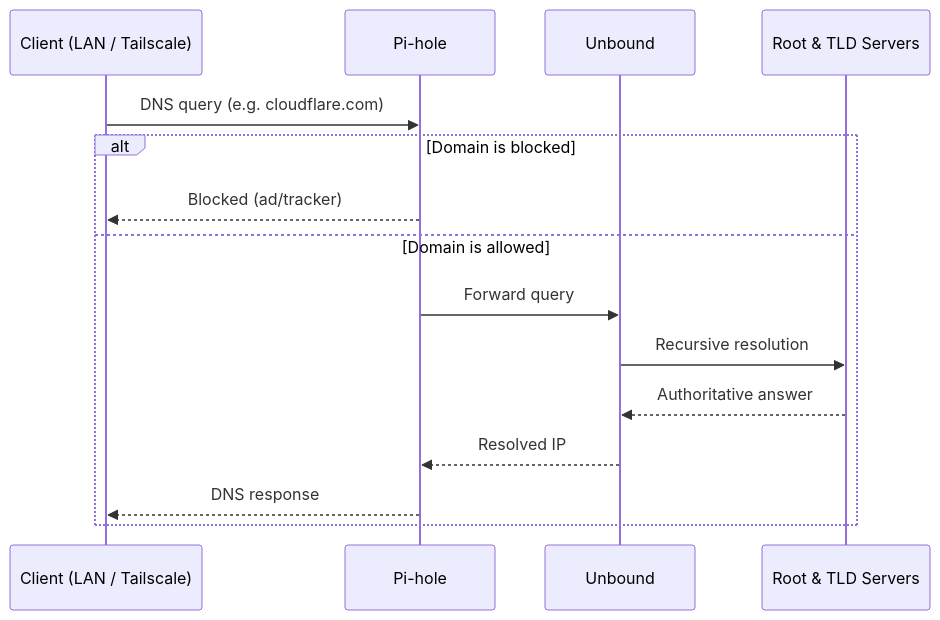
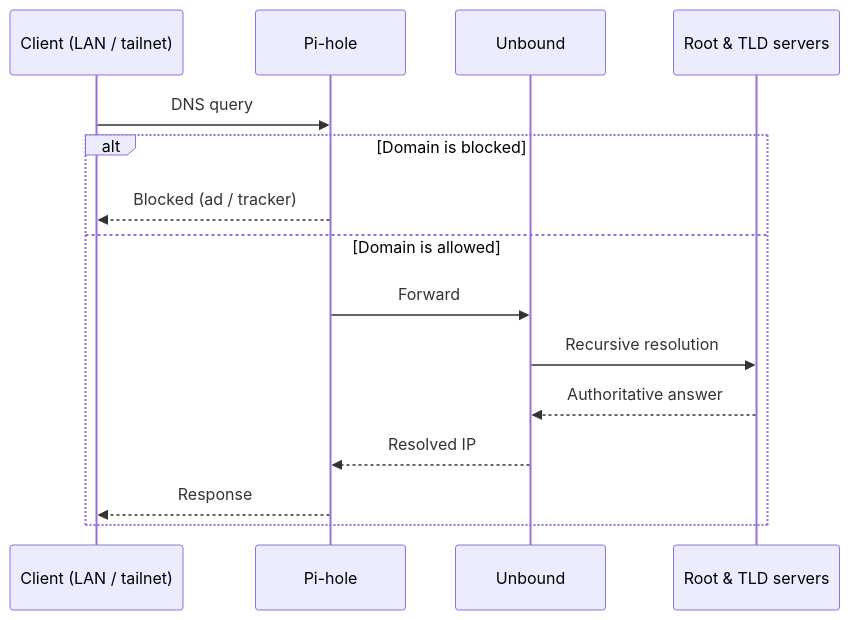
Before and after one commit to florianajir/pi-web: the diagram in docs/NETWORKING.md, drawn with Mermaid. The commit also changed other lines of this file and 15 other files, not shown here.

````diff
--- a/docs/NETWORKING.md
+++ b/docs/NETWORKING.md
@@ -7,18 +7,18 @@
 ```mermaid
 sequenceDiagram
-    participant C as Client (LAN / Tailscale)
+    participant C as Client (LAN / tailnet)
     participant P as Pi-hole
     participant U as Unbound
-    participant R as Root & TLD Servers
+    participant R as Root & TLD servers
 
-    C->>P: DNS query (e.g. cloudflare.com)
+    C->>P: DNS query
     alt Domain is blocked
-        P-->>C: Blocked (ad/tracker)
+        P-->>C: Blocked (ad / tracker)
     else Domain is allowed
-        P->>U: Forward query
+        P->>U: Forward
         U->>R: Recursive resolution
         R-->>U: Authoritative answer
         U-->>P: Resolved IP
-        P-->>C: DNS response
+        P-->>C: Response
     end
 ```
````
